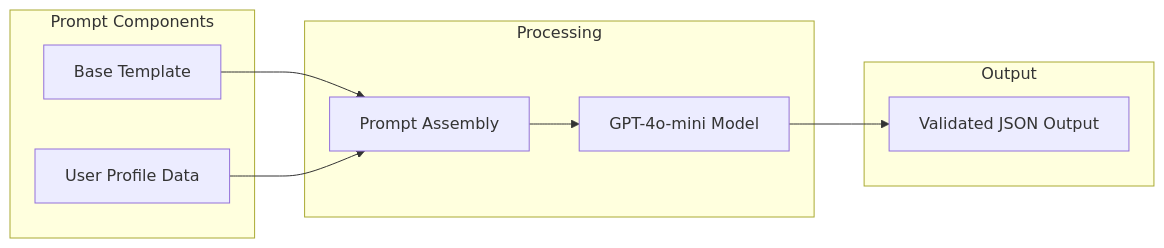
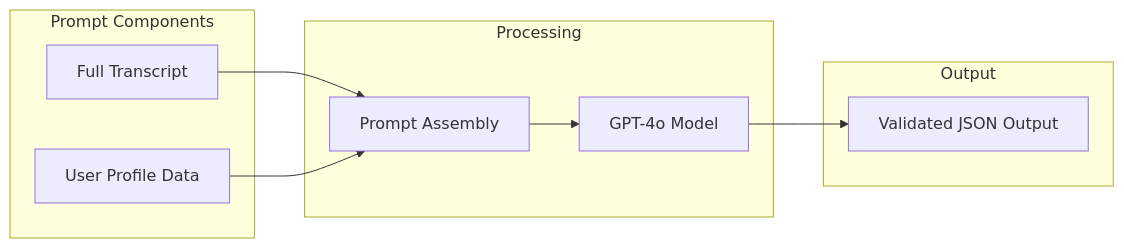
The third of 5 diagrams in .qoder/repowiki/en/content/Personalization Engine/Personalization Engine.md (lommaks777/pesonalisev2), drawn with Mermaid before and after one commit. The commit also changed other lines of this file and 42 other files, not shown here.

````diff
--- a/.qoder/repowiki/en/content/Personalization Engine/Personalization Engine.md
+++ b/.qoder/repowiki/en/content/Personalization Engine/Personalization Engine.md
@@ -156,18 +150,18 @@
 ```mermaid
 flowchart LR
-A[Base Template] --> C[Prompt Assembly]
+A[Full Transcript] --> C[Prompt Assembly]
 B[User Profile Data] --> C
-C --> D[GPT-4o-mini Model]
+C --> D[GPT-4o Model]
 D --> E[Validated JSON Output]
 subgraph "Prompt Components"
 A
 B
 end
 subgraph "Processing"
 C
 D
 end
 subgraph "Output"
 E
 end
 ```
````
